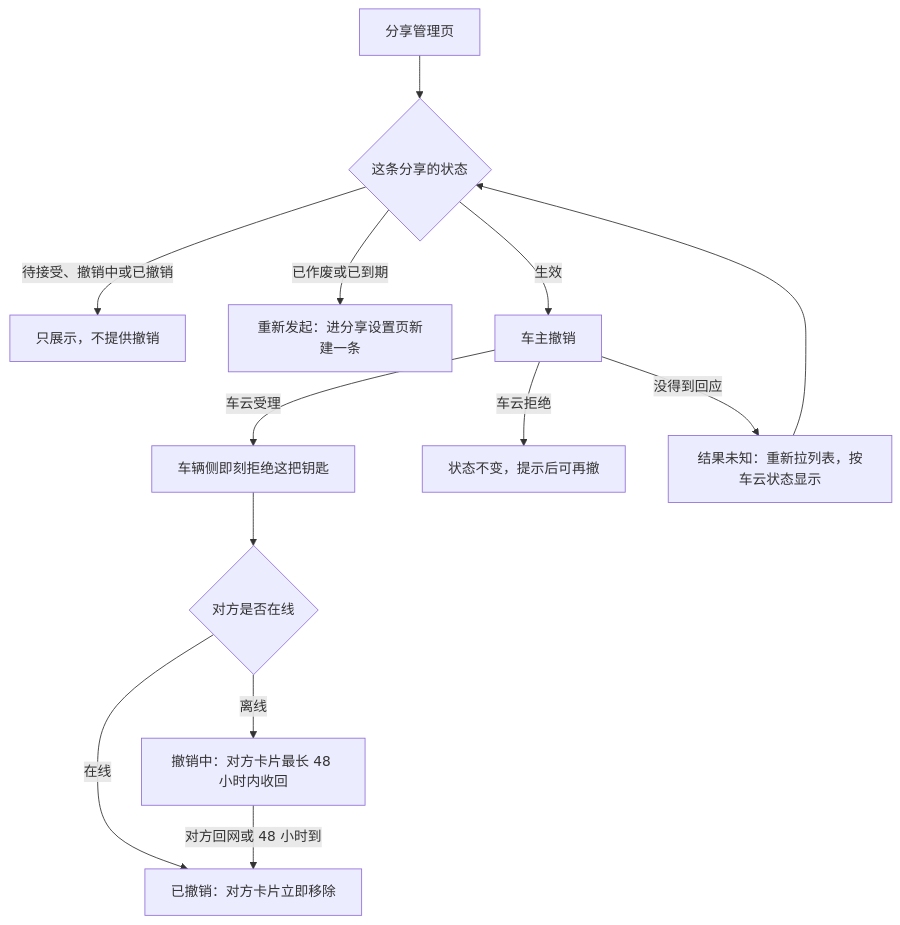
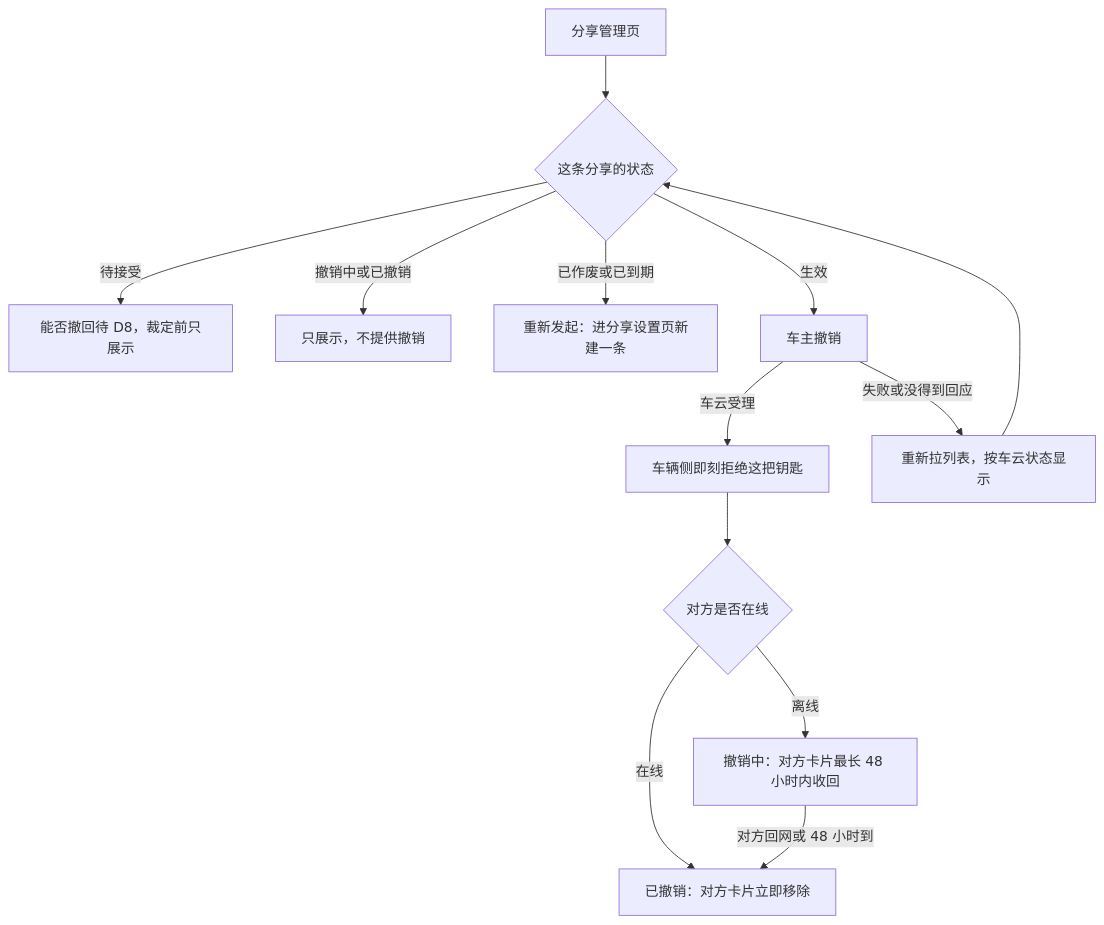
Before and after one commit to sqsqsq/SimulatedWalletForHmos: the sixth of 7 diagrams in doc/plan/1.9.9/金样候选/car-key-sharing/AR/story.md, drawn with Mermaid. The commit also changed other lines of this file and 20 other files, not shown here.

````diff
--- a/doc/plan/1.9.9/金样候选/car-key-sharing/AR/story.md
+++ b/doc/plan/1.9.9/金样候选/car-key-sharing/AR/story.md
@@ -341,16 +384,16 @@
 ```mermaid
 %% 图源 spec §5.3 #3
 flowchart TD
     A[分享管理页] --> B{这条分享的状态}
-    B -->|待接受、撤销中或已撤销| N[只展示，不提供撤销]
+    B -->|待接受| PD[能否撤回待 D8，裁定前只展示]
+    B -->|撤销中或已撤销| N[只展示，不提供撤销]
     B -->|已作废或已到期| RS[重新发起：进分享设置页新建一条]
     B -->|生效| C[车主撤销]
     C -->|车云受理| V[车辆侧即刻拒绝这把钥匙]
-    C -->|车云拒绝| KP[状态不变，提示后可再撤]
-    C -->|没得到回应| RL[结果未知：重新拉列表，按车云状态显示]
+    C -->|失败或没得到回应| RL[重新拉列表，按车云状态显示]
     RL --> B
     V --> D{对方是否在线}
     D -->|在线| R[已撤销：对方卡片立即移除]
     D -->|离线| RP[撤销中：对方卡片最长 48 小时内收回]
     RP -->|对方回网或 48 小时到| R
 ```
````
